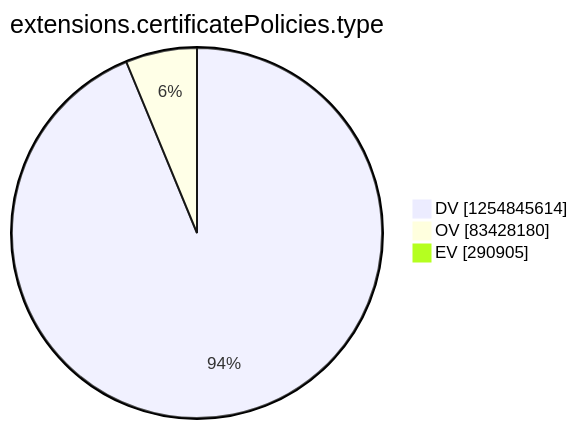
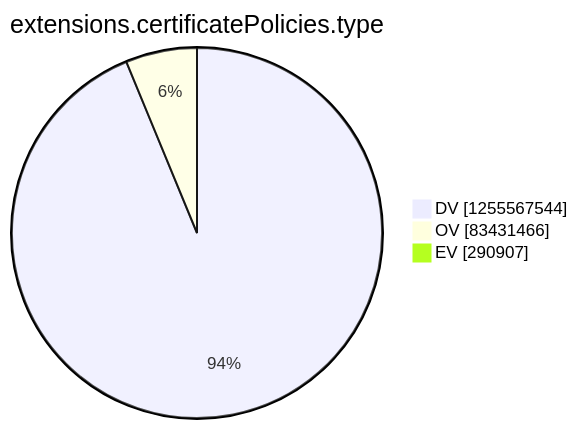
One commit to christiankrug/ctmonitor_visualization changed the tenth of 15 diagrams in argon2022/README.md. Above: the diagram before and after it, drawn with Mermaid. The commit also changed other lines of this file, not shown here.

````diff
--- a/argon2022/README.md
+++ b/argon2022/README.md
@@ -2771,7 +2771,7 @@
 ```mermaid
 pie showData
 title extensions.certificatePolicies.type
-"DV" :1254845614
-"OV" :83428180
-"EV" :290905
+"DV" :1255567544
+"OV" :83431466
+"EV" :290907
 ```
````
